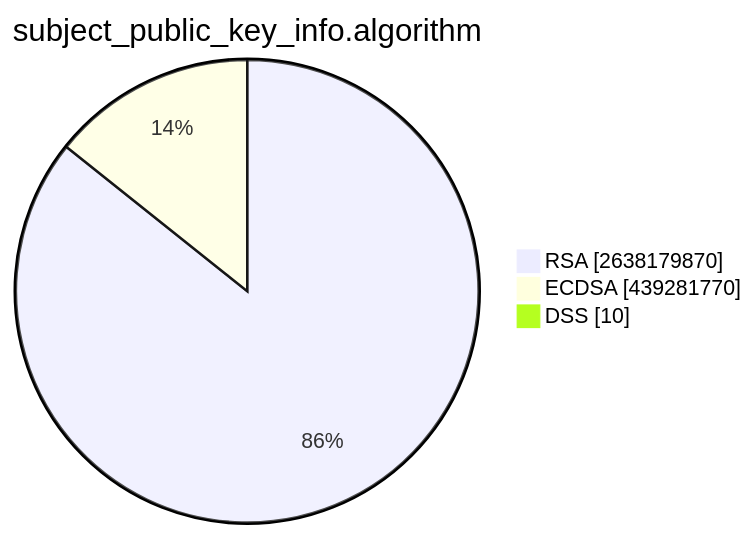
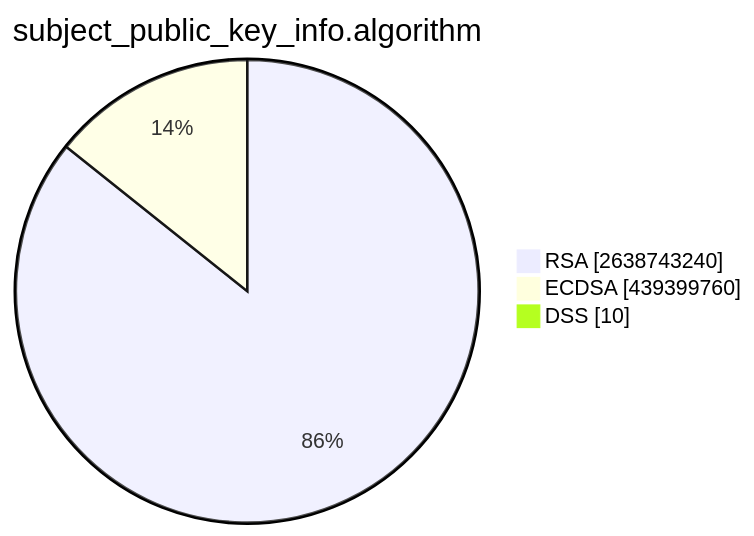
Before and after one commit to christiankrug/ctmonitor_visualization: the second of 15 diagrams in TOTAL/README.md, drawn with Mermaid. The commit also changed other lines of this file, not shown here.

````diff
--- a/TOTAL/README.md
+++ b/TOTAL/README.md
@@ -6,7 +6,7 @@
 ```mermaid
 pie showData
 title subject_public_key_info.algorithm
-"RSA" :2638179870
-"ECDSA" :439281770
+"RSA" :2638743240
+"ECDSA" :439399760
 "DSS" :10
 ```
````
